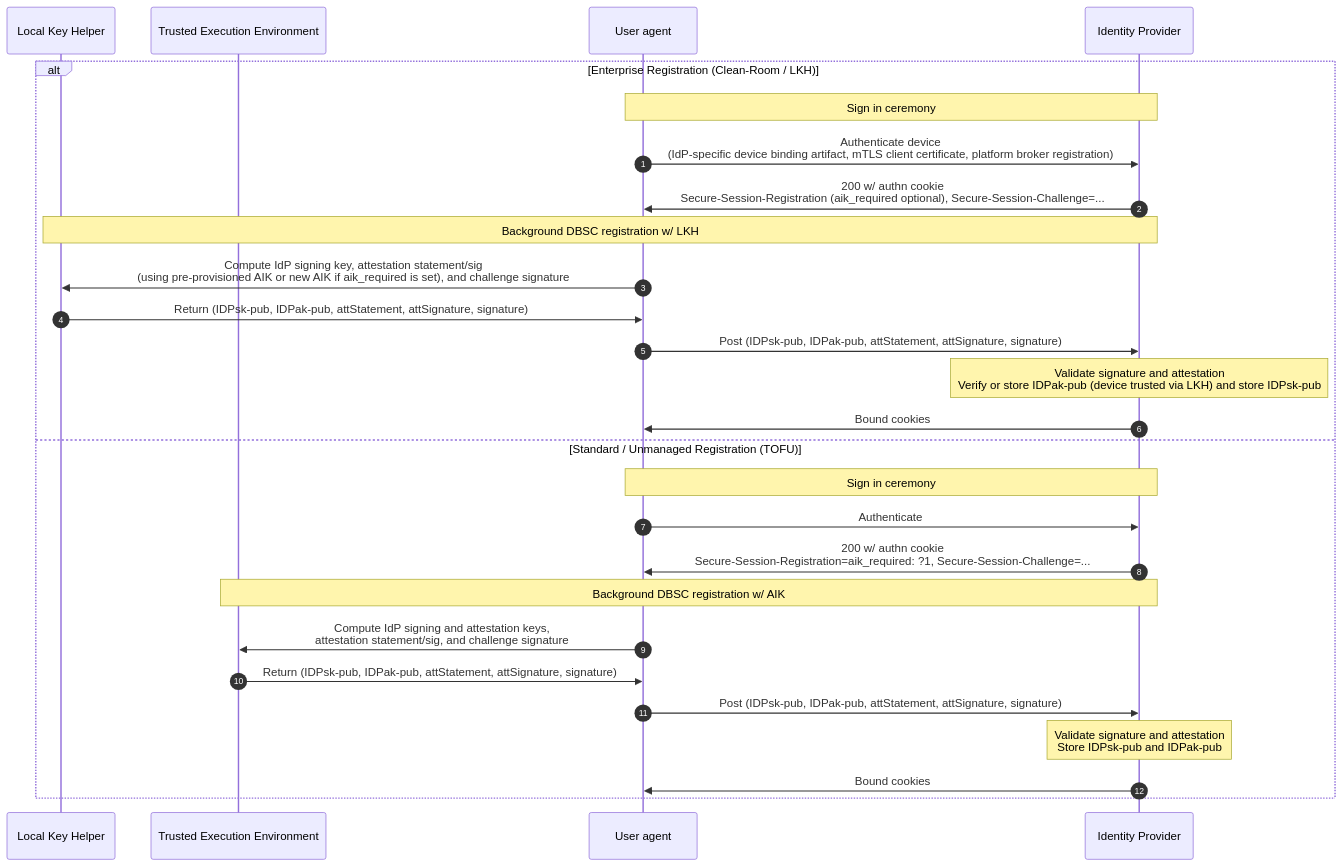
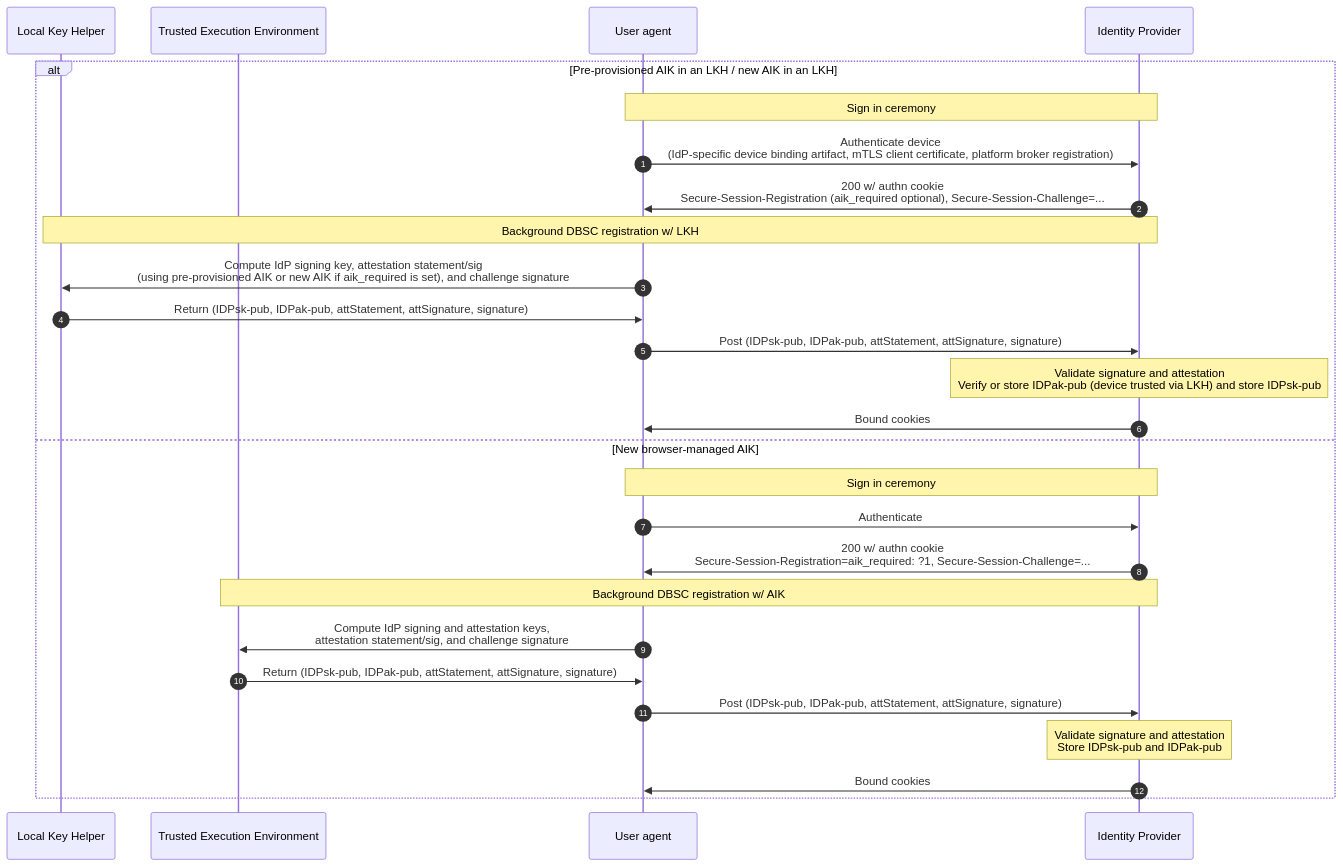
One commit to lucasrsant/dbsc-sso changed the third of 4 diagrams in README.md. Above: the diagram before and after it, drawn with Mermaid. The commit also changed other lines of this file, not shown here.

Commit message:
Define and normalize AIK path names across the explainer.

````diff
--- a/README.md
+++ b/README.md
@@ -242,31 +245,31 @@
 ```mermaid
 sequenceDiagram
 	autonumber
 	
 	participant l as Local Key Helper
 	participant t as Trusted Execution Environment
 	participant u as User agent
 	participant i as Identity Provider
 	
-	alt Enterprise Registration (Clean-Room / LKH)
+	alt Pre-provisioned AIK in an LKH / new AIK in an LKH
 		note over u, i: Sign in ceremony
 		u->>i: Authenticate device<br>(IdP-specific device binding artifact, mTLS client certificate, platform broker registration)
 		i->>u: 200 w/ authn cookie<br>Secure-Session-Registration (aik_required optional), Secure-Session-Challenge=...
 		note over i, l: Background DBSC registration w/ LKH
 		u->>l: Compute IdP signing key, attestation statement/sig<br>(using pre-provisioned AIK or new AIK if aik_required is set), and challenge signature
 		l->>u: Return (IDPsk-pub, IDPak-pub, attStatement, attSignature, signature)
 		u->>i: Post (IDPsk-pub, IDPak-pub, attStatement, attSignature, signature)
 		note over i: Validate signature and attestation<br>Verify or store IDPak-pub (device trusted via LKH) and store IDPsk-pub
 		i->>u: Bound cookies
-	else Standard / Unmanaged Registration (TOFU)
+	else New browser-managed AIK
 		note over u, i: Sign in ceremony
 		u->>i: Authenticate
 		i->>u: 200 w/ authn cookie<br>Secure-Session-Registration=aik_required: ?1, Secure-Session-Challenge=...
 		note over i, t: Background DBSC registration w/ AIK
 		u->>t: Compute IdP signing and attestation keys,<br>attestation statement/sig, and challenge signature
 		t->>u: Return (IDPsk-pub, IDPak-pub, attStatement, attSignature, signature)
 		u->>i: Post (IDPsk-pub, IDPak-pub, attStatement, attSignature, signature)
 		note over i: Validate signature and attestation<br>Store IDPsk-pub and IDPak-pub
 		i->>u: Bound cookies
 	end
 ```
````
